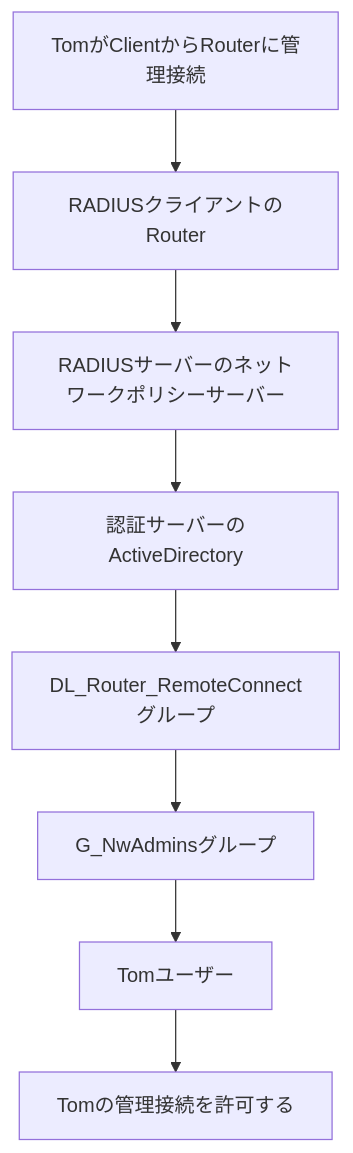
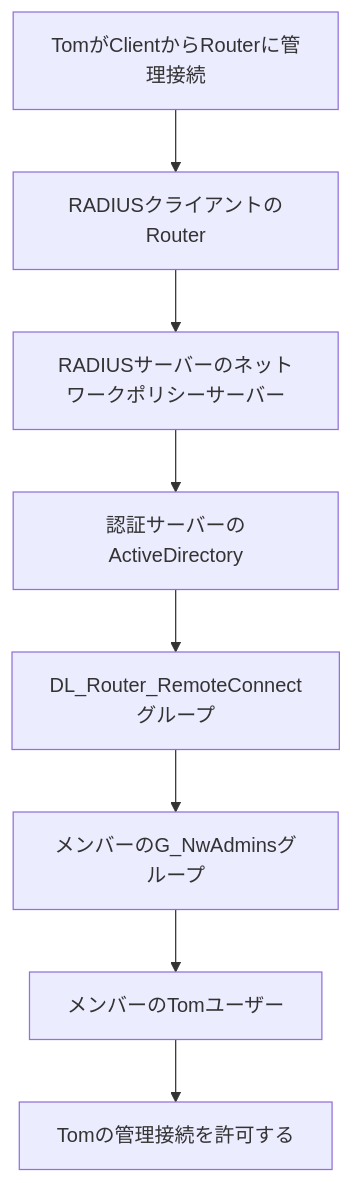
Before and after one commit to ccsi-instructor/infra1: the diagram in RADIUS認証環境構築.md, drawn with Mermaid. The commit also changed other lines of this file and 4 other files, not shown here.

````diff
--- a/RADIUS認証環境構築.md
+++ b/RADIUS認証環境構築.md
@@ -74,11 +74,11 @@
     ```mermaid
     graph TD;
         TomがClientからRouterに管理接続-->RADIUSクライアントのRouter
         RADIUSクライアントのRouter-->RADIUSサーバーのネットワークポリシーサーバー;
         RADIUSサーバーのネットワークポリシーサーバー-->認証サーバーのActiveDirectory;
         認証サーバーのActiveDirectory-->DL_Router_RemoteConnectグループ;
-        DL_Router_RemoteConnectグループ-->G_NwAdminsグループ;
-        G_NwAdminsグループ-->Tomユーザー;
-        Tomユーザー-->Tomの管理接続を許可する;
+        DL_Router_RemoteConnectグループ-->メンバーのG_NwAdminsグループ;
+        メンバーのG_NwAdminsグループ-->メンバーのTomユーザー;
+        メンバーのTomユーザー-->Tomの管理接続を許可する;
         
     ```
````
